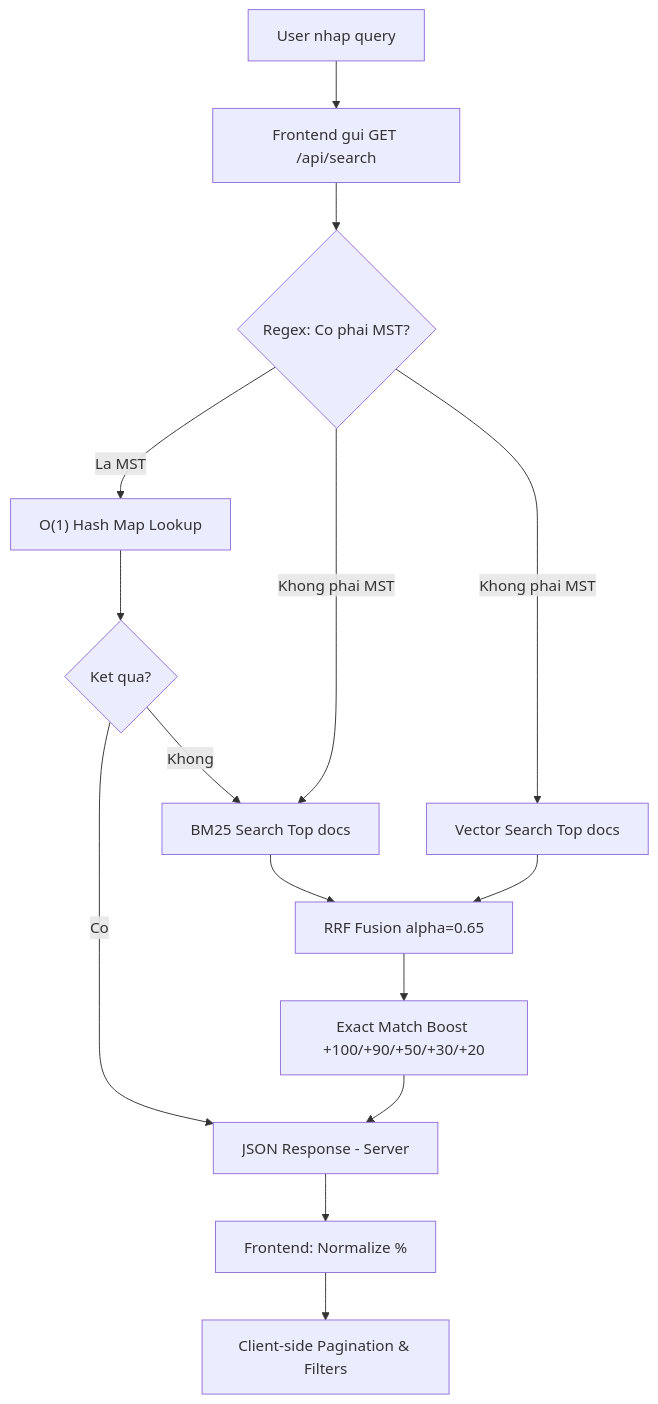
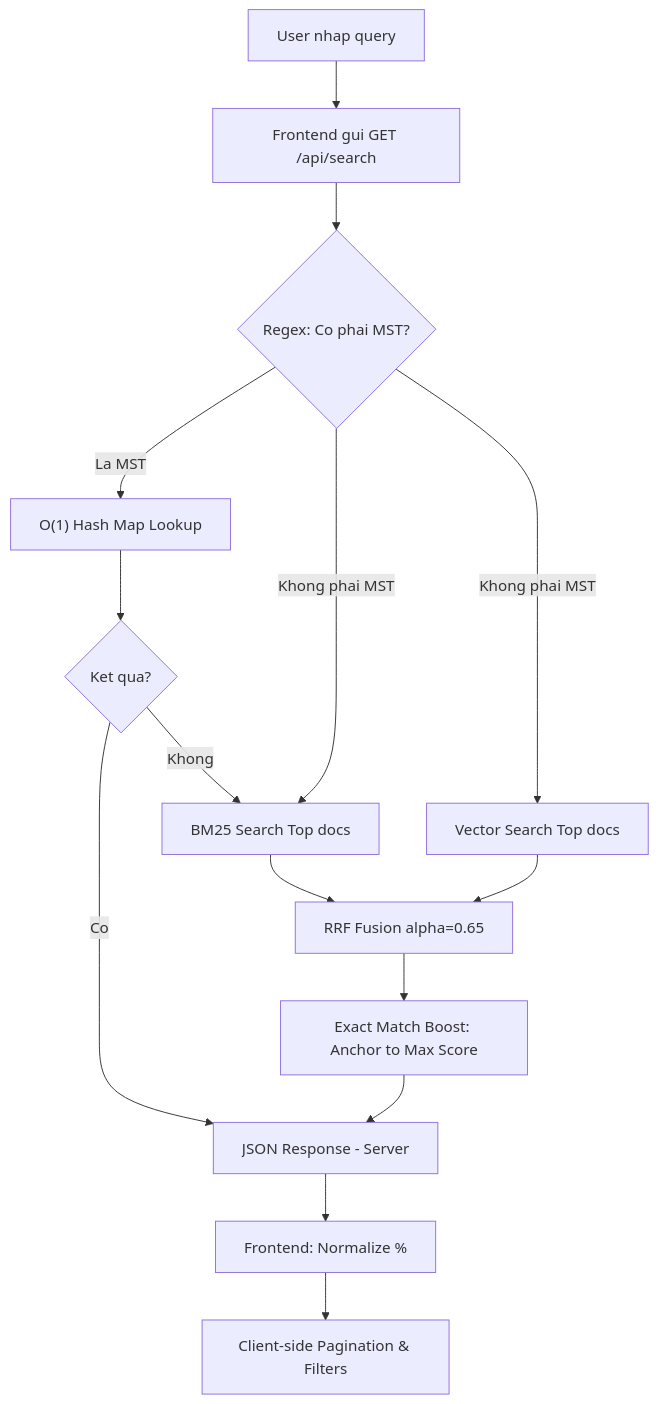
The second of 3 diagrams in docs/Milestone3_Report.md (SEG301/OverFitting), drawn with Mermaid before and after one commit. The commit also changed other lines of this file and 2 other files, not shown here.

Commit message:
Refactor Exact Match boost logic & update 70% relevance UI threshold constraint

````diff
--- a/docs/Milestone3_Report.md
+++ b/docs/Milestone3_Report.md
@@ -74,22 +74,22 @@
 ```mermaid
 flowchart TD
     A[User nhap query] --> B[Frontend gui GET /api/search]
     B --> C{Regex: Co phai MST?}
 
     C -- La MST --> D["O(1) Hash Map Lookup"]
     D --> E{Ket qua?}
     E -- Co --> K[JSON Response - Server]
     E -- Khong --> F
 
     C -- Khong phai MST --> F[BM25 Search Top docs]
     C -- Khong phai MST --> G[Vector Search Top docs]
 
     F --> H[RRF Fusion alpha=0.65]
     G --> H
 
-    H --> I[Exact Match Boost +100/+90/+50/+30/+20]
+    H --> I[Exact Match Boost: Anchor to Max Score]
     I --> K
     
     K --> J[Frontend: Normalize %]
     J --> L[Client-side Pagination & Filters]
 ```
````
